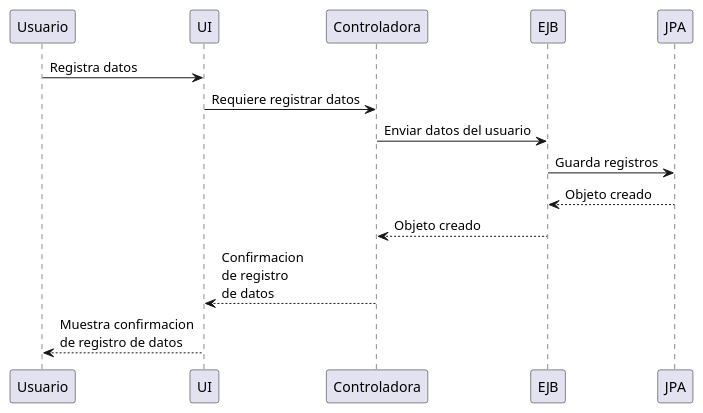
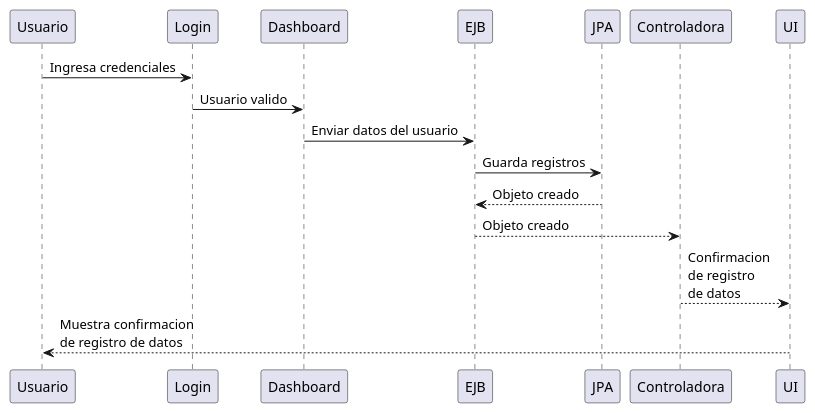
Before and after one commit to avbravo/bankmodule: the diagram in diagramasecuencia.puml, drawn with PlantUML. The commit also changed 3 other files, not shown here.

```diff
--- a/diagramasecuencia.puml
+++ b/diagramasecuencia.puml
@@ -1,10 +1,10 @@
 @startuml
-Usuario -> UI:Registra datos
-UI -> Controladora: Requiere registrar datos
-Controladora -> EJB: Enviar datos del usuario
+Usuario -> Login:Ingresa credenciales
+Login -> Dashboard: Usuario valido
+Dashboard -> EJB: Enviar datos del usuario
 EJB -> JPA: Guarda registros
 JPA --> EJB: Objeto creado
 EJB --> Controladora: Objeto creado
 Controladora --> UI: Confirmacion \nde registro \nde datos
 UI --> Usuario: Muestra confirmacion \nde registro de datos
 @enduml
```
